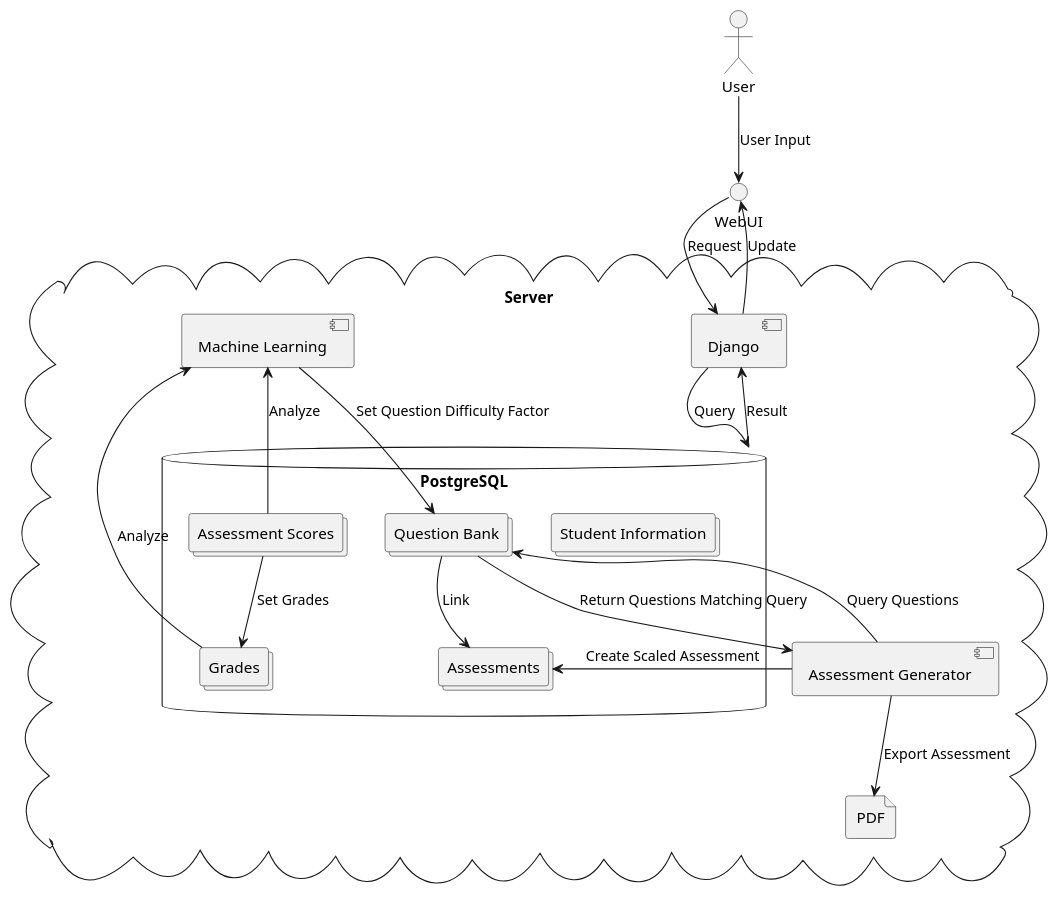
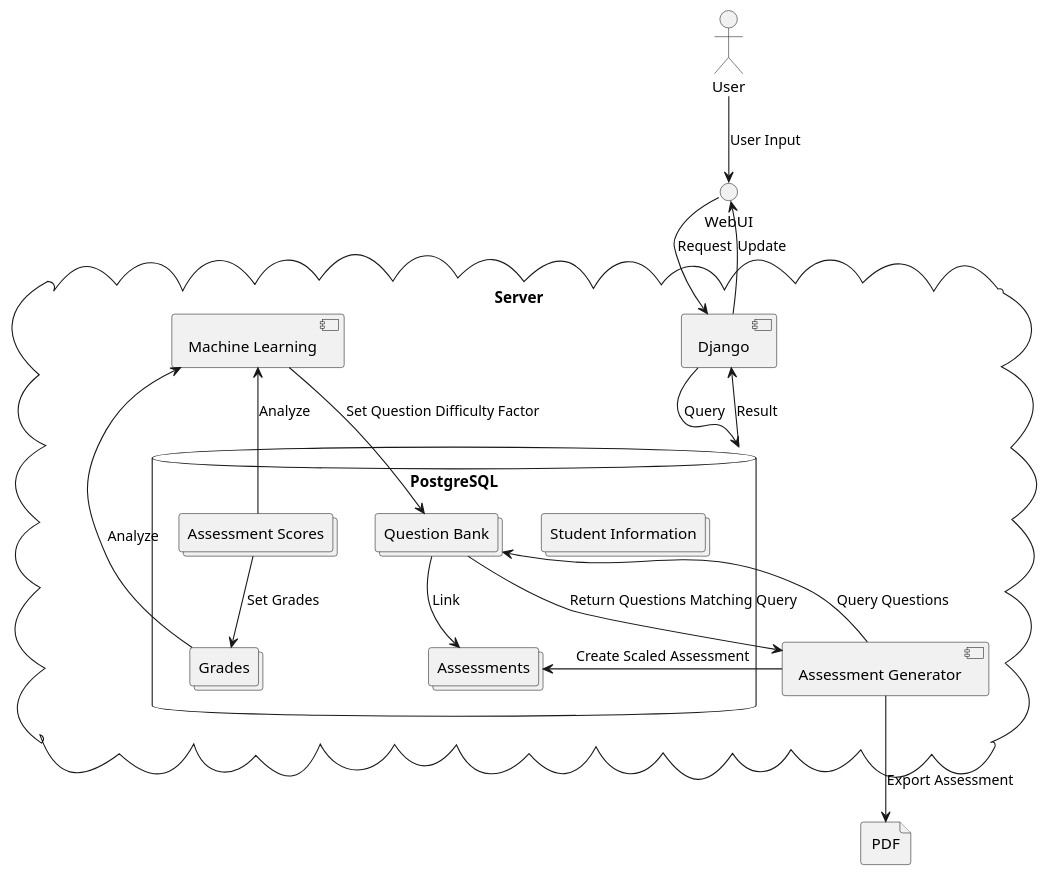
The diagram in README.org (tfree87/LibreEd), drawn with PlantUML before and after one commit. The commit also changed 1 other file, not shown here.

Commit message:
Updated diagram

```diff
--- a/README.org
+++ b/README.org
@@ -34,40 +34,43 @@
 #+begin_src plantuml :exports results :file diagram.png
   @startuml
   skinparam defaultTextAlignment center
 
   actor User
   interface WebUI
 
+  file PDF
+
   cloud Server {
   component Django
   component "Machine Learning" as ML
   component "Assessment Generator" as AG
 
-  file PDF
+
 
   database PostgreSQL{
   collections "Student Information" as SI
   collections Grades
   collections "Assessment Scores" as AS
   collections "Question Bank" as Questions
   collections Assessments
   }
   }
 
   User --> WebUI : User Input
   WebUI --> Django : Request
   Django --> PostgreSQL : Query
   Django --> WebUI : Update
   Django <-- PostgreSQL : Result
 
   AS --> Grades : Set Grades
   ML <-- Grades : Analyze
   ML <-- AS : Analyze
   ML --> Questions : Set Question Difficulty Factor
   Questions <-- AG : Query Questions
   Questions --> AG : Return Questions Matching Query
   AG --> Assessments : Create Scaled Assessment
   AG --> PDF : Export Assessment
   Questions --> Assessments : Link
+
   @enduml
 #+end_src
```
